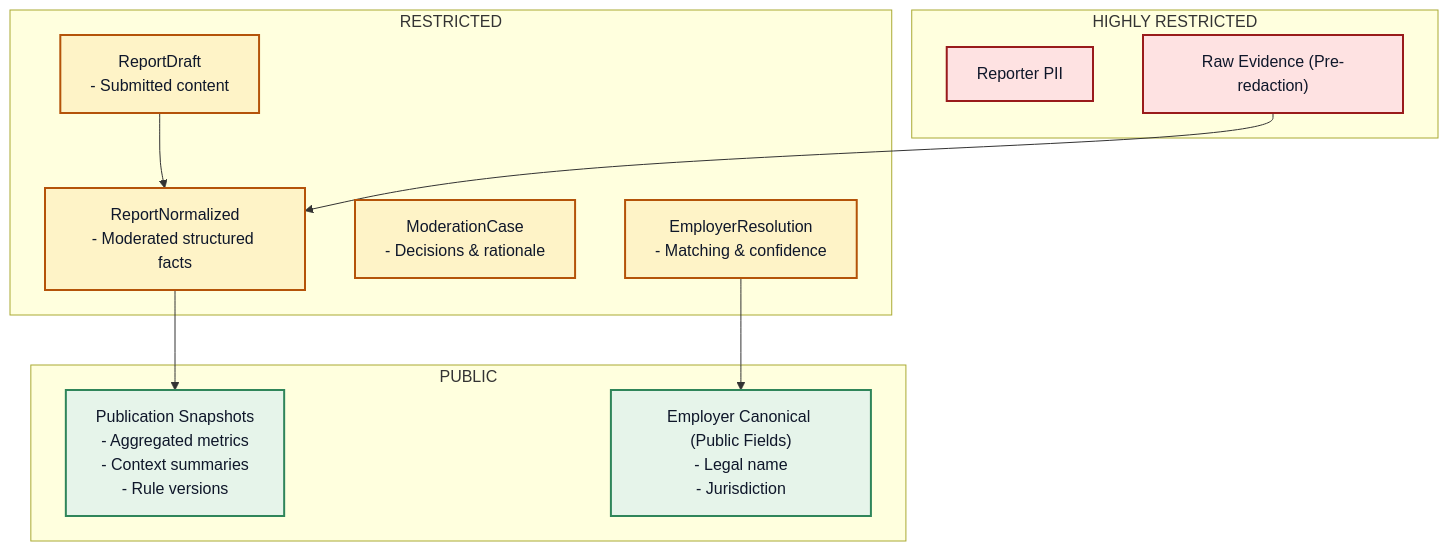
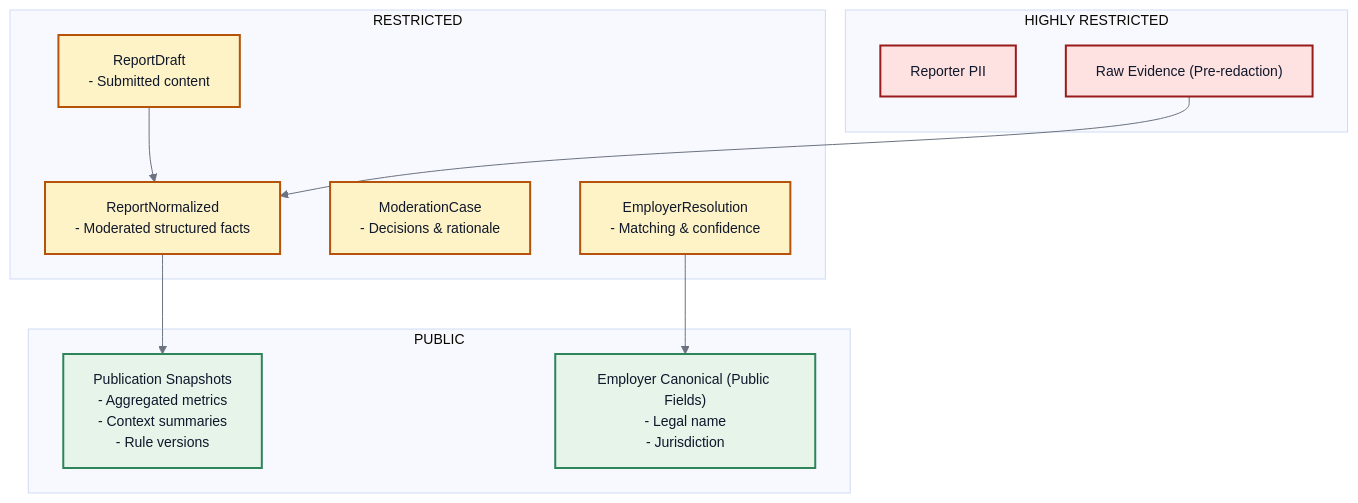
The second of 3 diagrams in docs/architecture/logical-architecture.md (sistoyanov69/junkedout-mvp), drawn with Mermaid before and after one commit. The commit also changed other lines of this file, not shown here.

Commit message:
docs: restore known-good colored Mermaid architecture diagrams

````diff
--- a/docs/architecture/logical-architecture.md
+++ b/docs/architecture/logical-architecture.md
@@ -93,32 +88,28 @@
 ```mermaid
+%%{init: {"theme":"base","themeVariables":{"background":"#FFFFFF","primaryTextColor":"#0F172A","lineColor":"#6B7280","fontSize":"14px"}}}%%
 flowchart TB
-  %% Visual classes (GitHub-safe)
   classDef public fill:#E6F4EA,stroke:#2F855A,stroke-width:2px,color:#0F172A
   classDef restricted fill:#FEF3C7,stroke:#B45309,stroke-width:2px,color:#0F172A
-  classDef high fill:#FEE2E2,stroke:#991B1B,stroke-width:2px,color:#0F172A
+  classDef highrisk fill:#FEE2E2,stroke:#991B1B,stroke-width:2px,color:#0F172A
+
   subgraph PUBLIC["PUBLIC"]
-    P1["Publication Snapshots\n- Aggregated metrics\n- Context summaries\n- Rule versions"]
-    P2["Employer Canonical (Public Fields)\n- Legal name\n- Jurisdiction"]
+    P1["Publication Snapshots\n- Aggregated metrics\n- Context summaries\n- Rule versions"]:::public
+    P2["Employer Canonical (Public Fields)\n- Legal name\n- Jurisdiction"]:::public
   end
 
   subgraph RESTRICTED["RESTRICTED"]
-    R1["ReportDraft\n- Submitted content"]
-    R2["ReportNormalized\n- Moderated structured facts"]
-    R3["ModerationCase\n- Decisions & rationale"]
-    R4["EmployerResolution\n- Matching & confidence"]
+    R1["ReportDraft\n- Submitted content"]:::restricted
+    R2["ReportNormalized\n- Moderated structured facts"]:::restricted
+    R3["ModerationCase\n- Decisions & rationale"]:::restricted
+    R4["EmployerResolution\n- Matching & confidence"]:::restricted
   end
 
   subgraph HIGH["HIGHLY RESTRICTED"]
-    H1["Reporter PII"]
-    H2["Raw Evidence (Pre-redaction)"]
+    H1["Reporter PII"]:::highrisk
+    H2["Raw Evidence (Pre-redaction)"]:::highrisk
   end
 
   R1 --> R2 --> P1
   R4 --> P2
   H2 --> R2
-
-  %% Class assignments
-  class P1,P2 public
-  class R1,R2,R3,R4 restricted
-  class H1,H2 high
 ```
````
